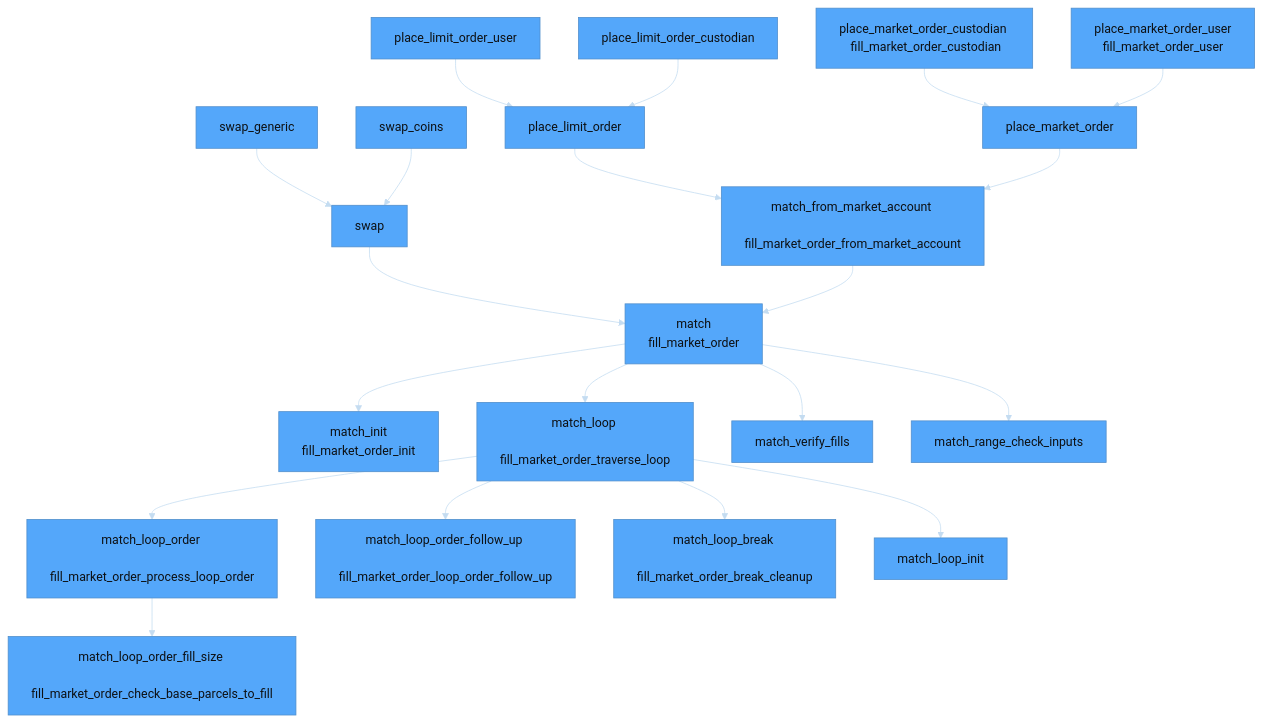
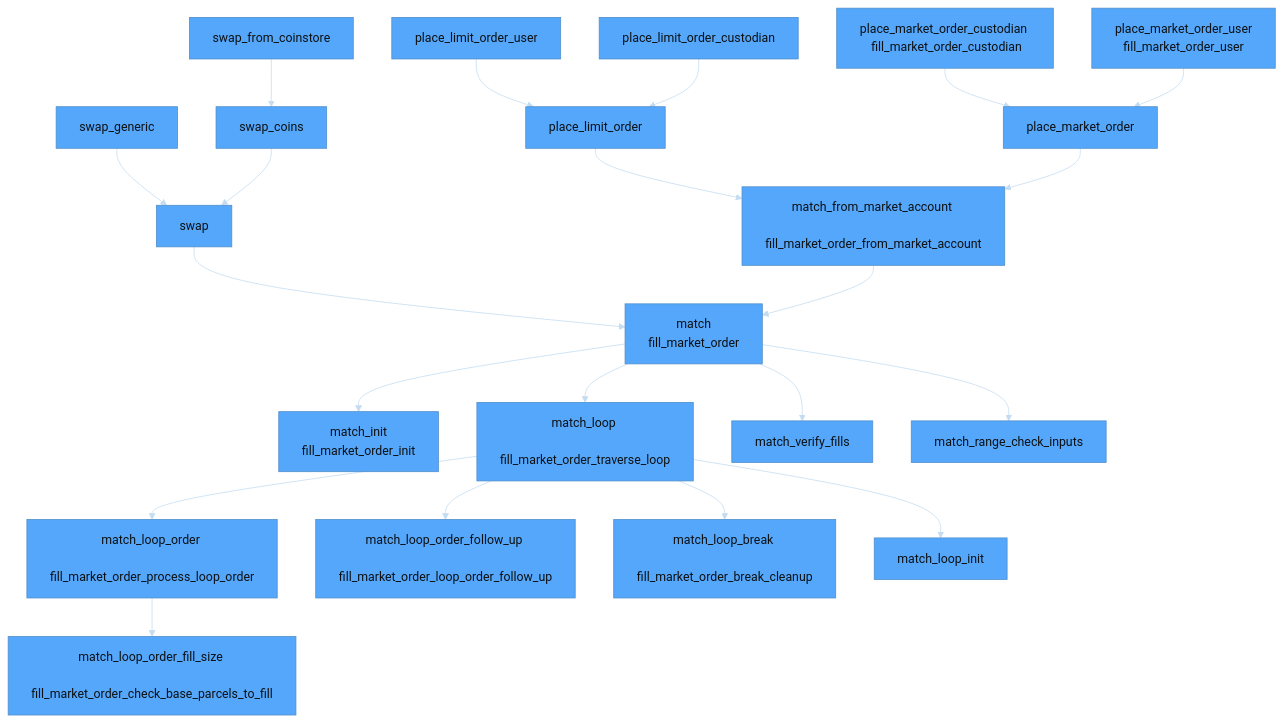
One commit to econia-labs/econia changed the third of 3 diagrams in src/move/econia/dependencies.md. Above: the diagram before and after it, drawn with Mermaid. The commit also changed 3 other files, not shown here.

````diff
--- a/src/move/econia/dependencies.md
+++ b/src/move/econia/dependencies.md
@@ -49,79 +49,82 @@
 ```mermaid
 
 %%{init: {'theme': 'base', 'themeVariables': {'primaryColor': '#54a7fa', 'lineColor': '#c4dcf1', 'primaryTextColor': '#0d1013', 'secondaryColor': '#c4dcf1'}}}%%
 
 flowchart TD
 
 %% Node definitions
 
     match[match <br/> fill_market_order]
     match_from_market_account[match_from_market_account <br/> fill_market_order_from_market_account]
     match_init[match_init <br> fill_market_order_init]
     swap[swap]
     place_market_order[place_market_order]
     place_market_order_custodian[place_market_order_custodian <br/> fill_market_order_custodian]
     place_market_order_user[place_market_order_user <br/> fill_market_order_user]
     place_limit_order[place_limit_order]
     place_limit_order_custodian[place_limit_order_custodian]
     place_limit_order_user[place_limit_order_user]
     match_loop[match_loop <br/> fill_market_order_traverse_loop]
     match_loop_order[match_loop_order <br/> fill_market_order_process_loop_order]
     match_loop_order_fill_size[match_loop_order_fill_size <br/> fill_market_order_check_base_parcels_to_fill]
     match_loop_order_follow_up[match_loop_order_follow_up <br/> fill_market_order_loop_order_follow_up]
     match_loop_break[match_loop_break <br/> fill_market_order_break_cleanup]
     swap_coins[swap_coins]
     swap_generic[swap_generic]
     match_verify_fills[match_verify_fills]
     match_loop_init[match_loop_init]
     match_range_check_inputs[match_range_check_inputs]
+    swap_from_coinstore[swap_from_coinstore]
 
 %% Class definitions
 
     classDef partially_implemented fill:#a020f0 %% Purple
     classDef implemented fill:#32cd32 %% Lime Green
     classDef unimplemented fill:#708090 %% Slate Gray
 
+    class swap_from_coinstore unimplemented;
     class match_verify_fills implemented;
-    class swap_coins unimplemented;
+    class swap_coins implemented;
     class swap_generic unimplemented
     class match implemented;
     class match_from_market_account unimplemented;
     class match_init implemented;
-    class swap unimplemented;
+    class swap implemented;
     class place_market_order unimplemented;
     class place_market_order_custodian unimplemented;
     class place_market_order_user unimplemented;
     class place_limit_order partially_implemented;
     class place_limit_order_custodian partially_implemented;
     class place_limit_order_user partially_implemented;
     class match_loop implemented;
     class match_loop_order implemented;
     class match_loop_order_fill_size implemented;
     class match_loop_order_follow_up implemented;
     class match_loop_break implemented;
     class match_loop_init implemented;
     class match_range_check_inputs implemented;
 
 %% Node relationships
 
+    swap_from_coinstore --> swap_coins
     match --> match_range_check_inputs
     match --> match_verify_fills
     swap_generic --> swap
     swap_coins --> swap
     place_limit_order_user --> place_limit_order
     place_limit_order_custodian --> place_limit_order
     place_limit_order --> match_from_market_account
     place_market_order --> match_from_market_account
     place_market_order_custodian --> place_market_order
     swap --> match
     place_market_order_user --> place_market_order
     match --> match_init
     match --> match_loop
     match_from_market_account --> match
     match_loop_order --> match_loop_order_fill_size
     match_loop --> match_loop_init
     match_loop --> match_loop_order
     match_loop --> match_loop_order_follow_up
     match_loop --> match_loop_break
 
 ```
````
